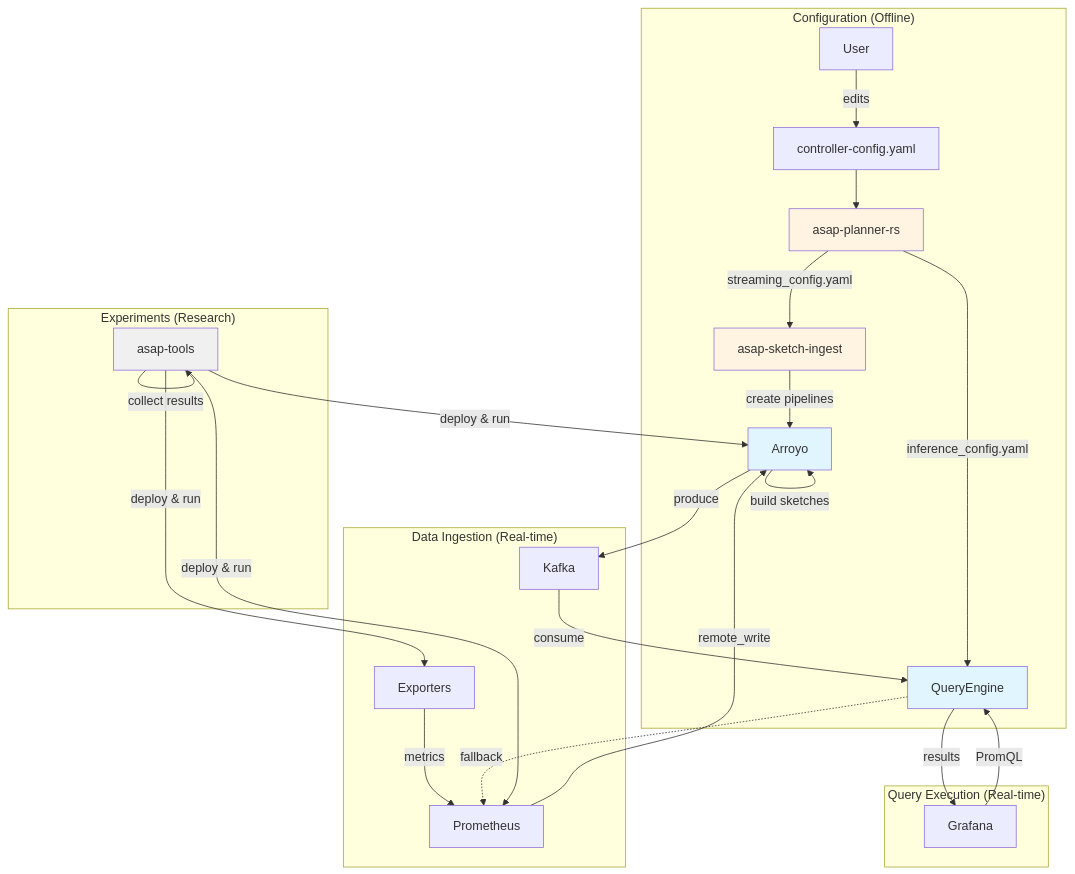
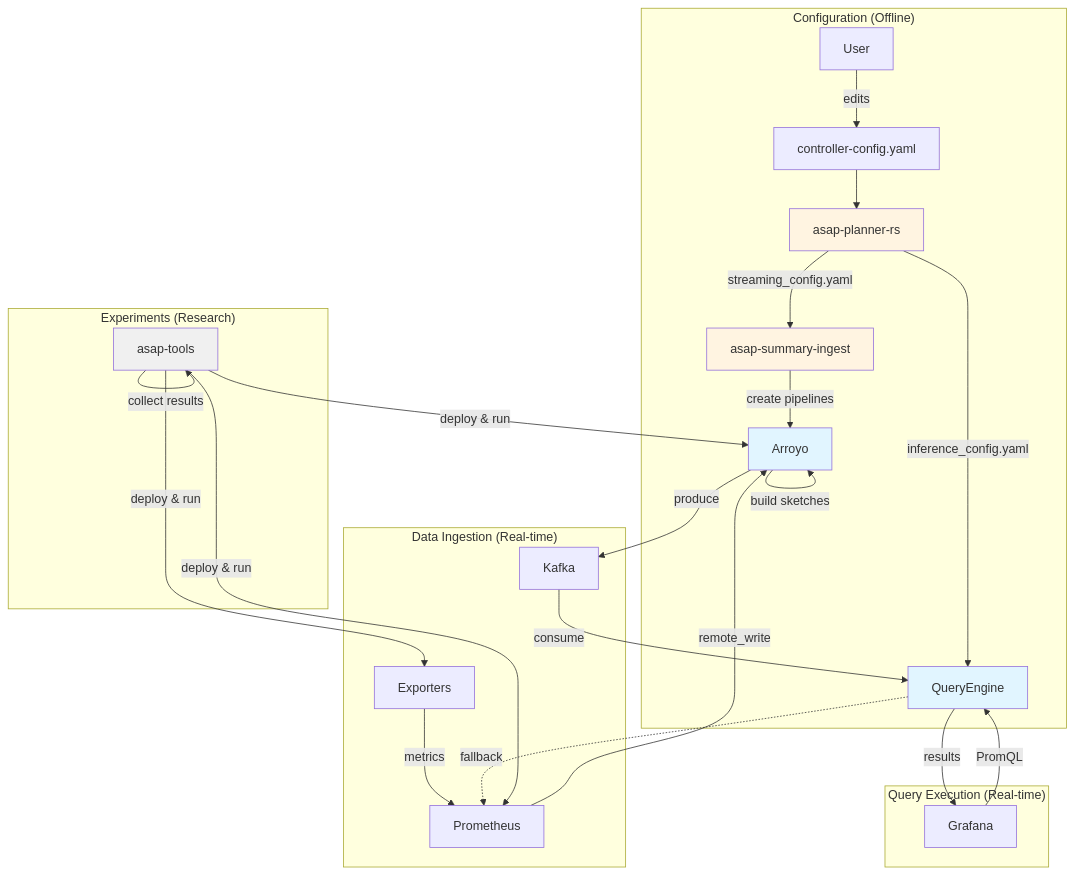
Before and after one commit to ProjectASAP/ASAPQuery: the diagram in docs/02-components/README.md, drawn with Mermaid. The commit also changed other lines of this file and 9 other files, not shown here.

Commit message:
Updated docs to rename asap-sketch-ingest to asap-summary-ingest

````diff
--- a/docs/02-components/README.md
+++ b/docs/02-components/README.md
@@ -18,37 +18,37 @@
 ```mermaid
 graph TB
     subgraph "Configuration (Offline)"
         U[User] -->|edits| CC[controller-config.yaml]
         CC --> C[asap-planner-rs]
-        C -->|streaming_config.yaml| AS[asap-sketch-ingest]
+        C -->|streaming_config.yaml| AS[asap-summary-ingest]
         C -->|inference_config.yaml| Q
         AS -->|create pipelines| A
     end
 
     subgraph "Data Ingestion (Real-time)"
         E[Exporters] -->|metrics| P[Prometheus]
         P -->|remote_write| A[Arroyo]
         A -->|build sketches| A
         A -->|produce| K[Kafka]
     end
 
     subgraph "Query Execution (Real-time)"
         K -->|consume| Q[QueryEngine]
         G[Grafana] -->|PromQL| Q
         Q -->|results| G
         Q -.->|fallback| P
     end
 
     subgraph "Experiments (Research)"
         EXP[asap-tools] -->|deploy & run| E
         EXP -->|deploy & run| P
         EXP -->|deploy & run| A
         EXP -->|collect results| EXP
     end
 
     style C fill:#fff4e1
     style AS fill:#fff4e1
     style A fill:#e1f5ff
     style Q fill:#e1f5ff
     style EXP fill:#f0f0f0
 ```
````
